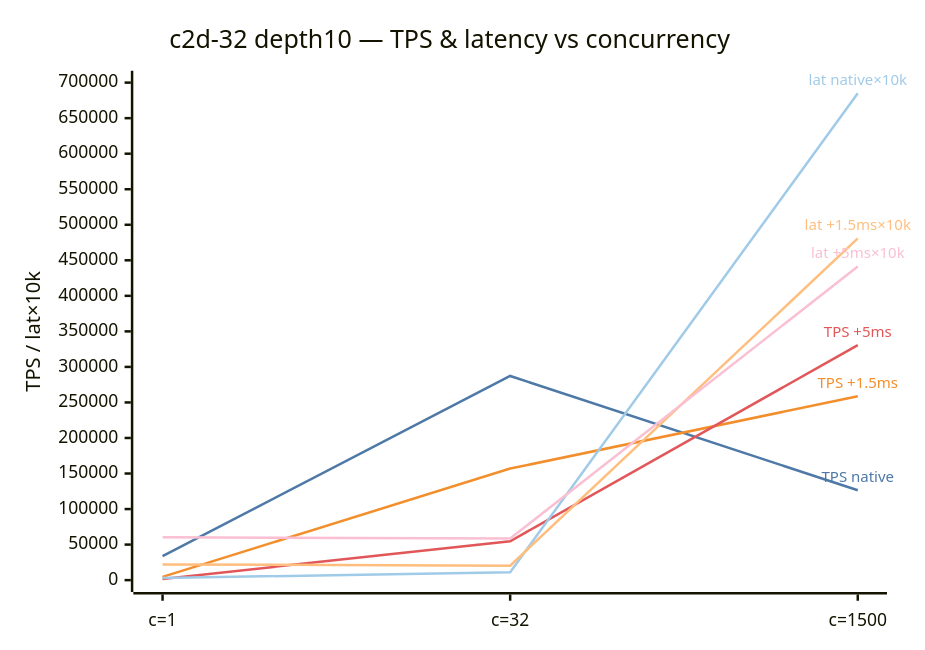
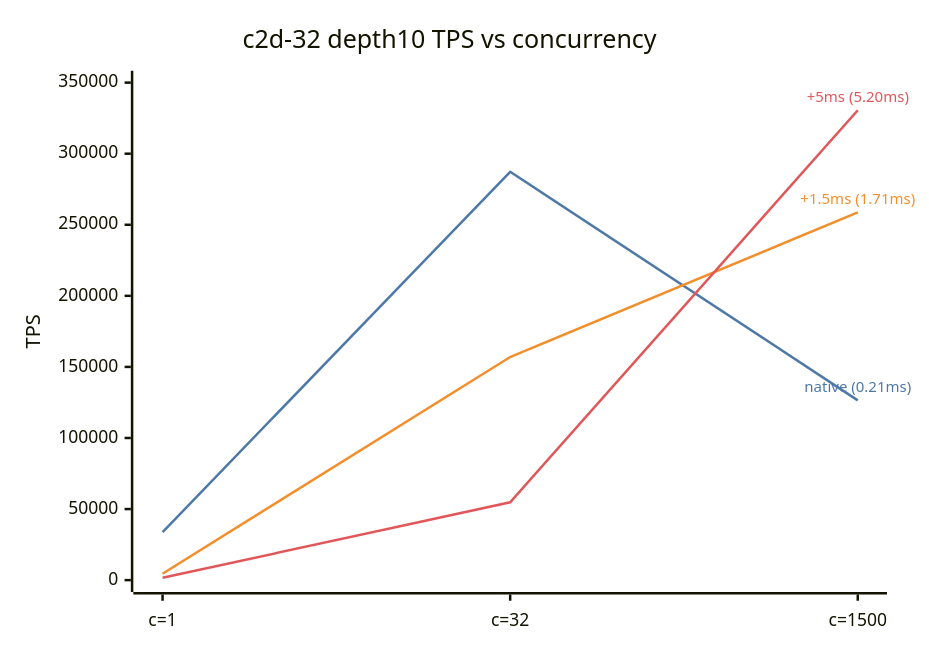
Before and after one commit to SpareCores/sc-db-benchmark-tmp: diagram 59 of 59 in RESULTS.md, drawn with Mermaid. The commit also changed other lines of this file, not shown here.

````diff
--- a/RESULTS.md
+++ b/RESULTS.md
@@ -2213,18 +2208,15 @@
 ```mermaid
 ---
 config:
   themeVariables:
     xyChart:
-      plotColorPalette: "#4e79a7, #f28e2b, #e15759, #a0cbe8, #ffbe7d, #fabfd2"
+      plotColorPalette: "#4e79a7, #f28e2b, #e15759"
 ---
 xychart-beta
-    title "c2d-32 depth10 — TPS & latency vs concurrency"
+    title "c2d-32 depth10 TPS vs concurrency"
     x-axis ["c=1", "c=32", "c=1500"]
-    y-axis "TPS / lat×10k" 0 --> 700000
-    line "TPS native" [33717, 287283, 126454 "TPS native"]
-    line "TPS +1.5ms" [4518, 156959, 258666 "TPS +1.5ms"]
-    line "TPS +5ms" [1656, 54719, 330558 "TPS +5ms"]
-    line "lat native×10k" [2960, 11140, 685200 "lat native×10k"]
-    line "lat +1.5ms×10k" [22100, 20400, 480800 "lat +1.5ms×10k"]
-    line "lat +5ms×10k" [60400, 58470, 441300 "lat +5ms×10k"]
+    y-axis "TPS" 0 --> 350000
+    line "native (0.21ms)" [33717, 287283, 126454 "native (0.21ms)"]
+    line "+1.5ms (1.71ms)" [4518, 156959, 258666 "+1.5ms (1.71ms)"]
+    line "+5ms (5.20ms)" [1656, 54719, 330558 "+5ms (5.20ms)"]
 ```
````
